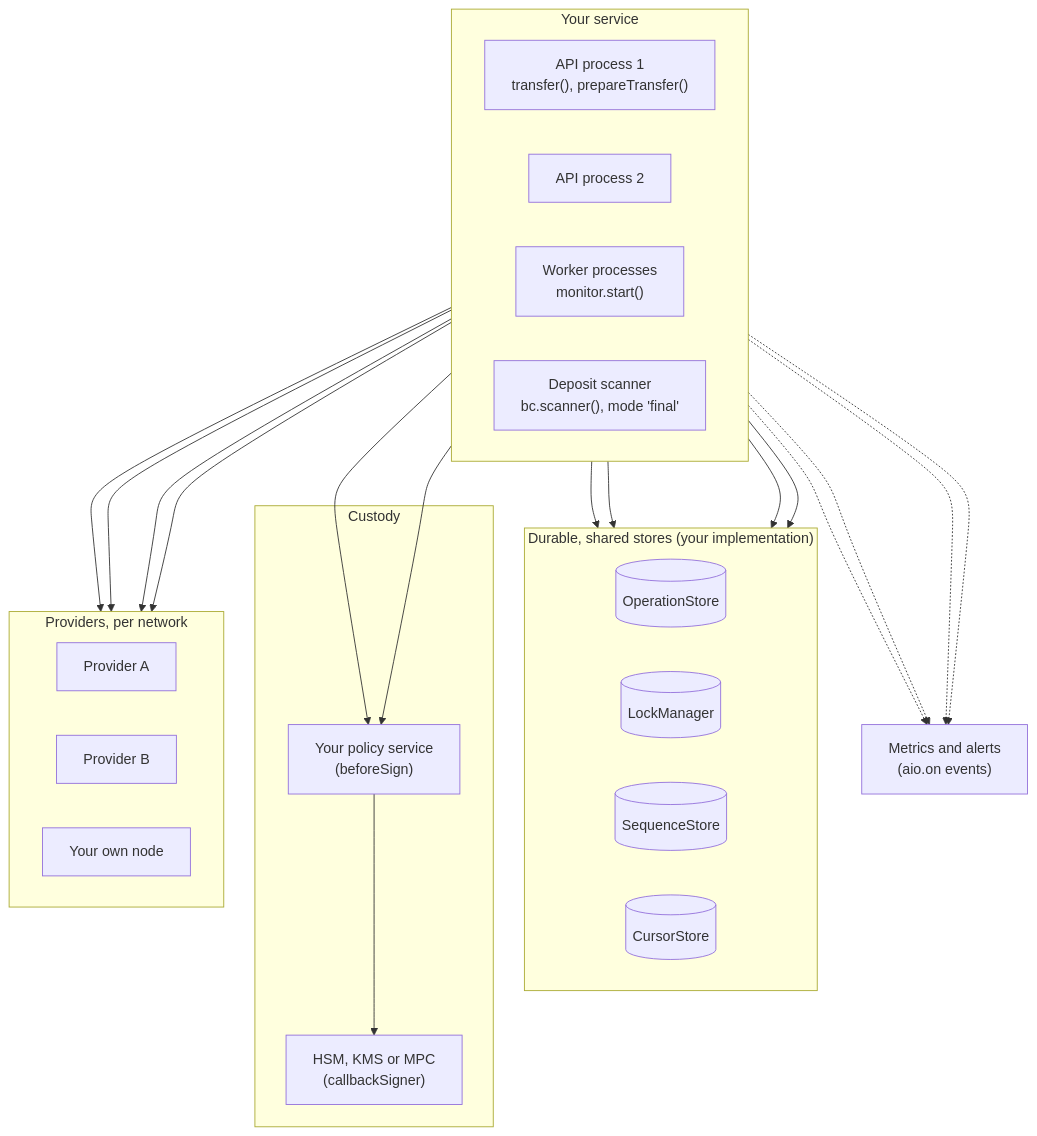
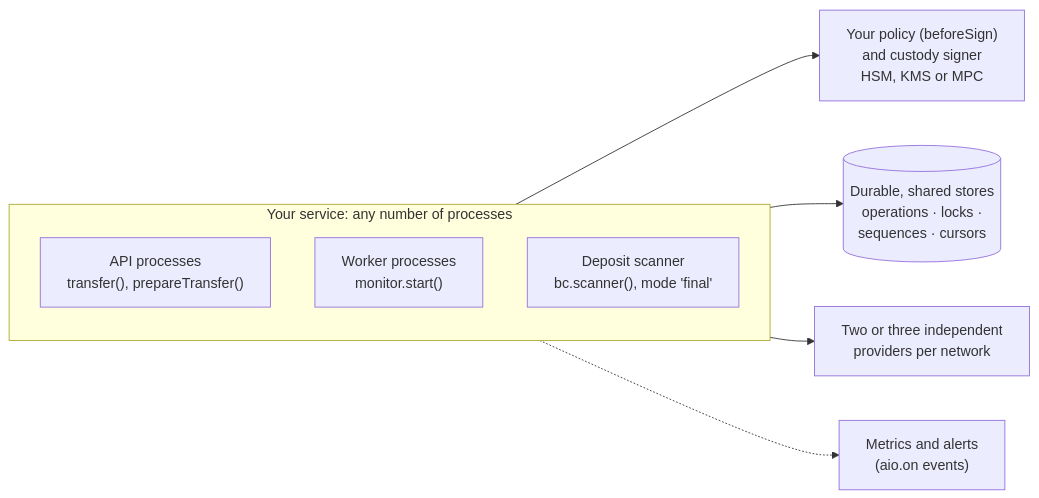
One commit to vhidvz/crypto-aio changed the diagram in docs/tour/production.md. Above: the diagram before and after it, drawn with Mermaid. The commit also changed other lines of this file and 13 other files, not shown here.

First line of the commit message:
docs: the README as the front door; fix front matter and diagrams found by a local site build

````diff
--- a/docs/tour/production.md
+++ b/docs/tour/production.md
@@ -25,32 +25,17 @@
 ```mermaid
-flowchart TB
-  subgraph svc["Your service"]
-    direction LR
-    api1["API process 1<br/>transfer(), prepareTransfer()"]
-    api2["API process 2"]
+flowchart LR
+  subgraph svc["Your service: any number of processes"]
+    direction TB
+    api["API processes<br/>transfer(), prepareTransfer()"]
     wk["Worker processes<br/>monitor.start()"]
     sc["Deposit scanner<br/>bc.scanner(), mode 'final'"]
   end
-  subgraph data["Durable, shared stores (your implementation)"]
-    direction LR
-    ops[("OperationStore")]
-    lk[("LockManager")]
-    sq[("SequenceStore")]
-    cu[("CursorStore")]
-  end
-  subgraph keys["Custody"]
-    pol["Your policy service<br/>(beforeSign)"]
-    hsm["HSM, KMS or MPC<br/>(callbackSigner)"]
-  end
-  subgraph prov["Providers, per network"]
-    direction LR
-    p1["Provider A"]
-    p2["Provider B"]
-    p3["Your own node"]
-  end
+  stores[("Durable, shared stores<br/>operations · locks ·<br/>sequences · cursors")]
+  custody["Your policy (beforeSign)<br/>and custody signer<br/>HSM, KMS or MPC"]
+  prov["Two or three independent<br/>providers per network"]
   obs["Metrics and alerts<br/>(aio.on events)"]
-  api1 & api2 & wk & sc --> data
-  api1 & api2 --> pol --> hsm
-  api1 & api2 & wk & sc --> prov
-  api1 & api2 & wk & sc -.-> obs
+  svc --> stores
+  svc --> prov
+  api --> custody
+  svc -.-> obs
 ```
````
